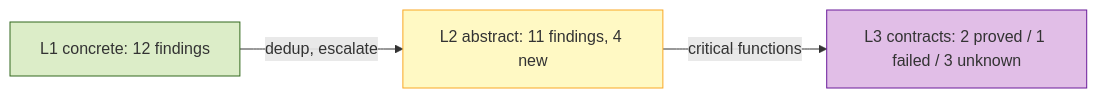
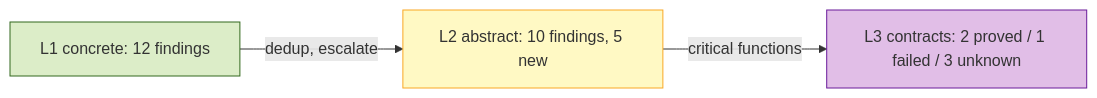
Before and after one commit to riantr/LunaFlow: the first of 11 diagrams in reports/local_module_0.0.0.md, drawn with Mermaid. The commit also changed other lines of this file and 30 other files, not shown here.

````diff
--- a/reports/local_module_0.0.0.md
+++ b/reports/local_module_0.0.0.md
@@ -47,11 +48,11 @@
 ```mermaid
 flowchart LR
   classDef l1 fill:#dcedc8,stroke:#33691e
   classDef l2 fill:#fff9c4,stroke:#f9a825
   classDef l3 fill:#e1bee7,stroke:#6a1b9a
   L1["L1 concrete: 12 findings"]:::l1
-  L2["L2 abstract: 11 findings, 4 new"]:::l2
+  L2["L2 abstract: 10 findings, 5 new"]:::l2
   L3["L3 contracts: 2 proved / 1 failed / 3 unknown"]:::l3
   L1 -->|"dedup, escalate"| L2
   L2 -->|"critical functions"| L3
 ```
````
